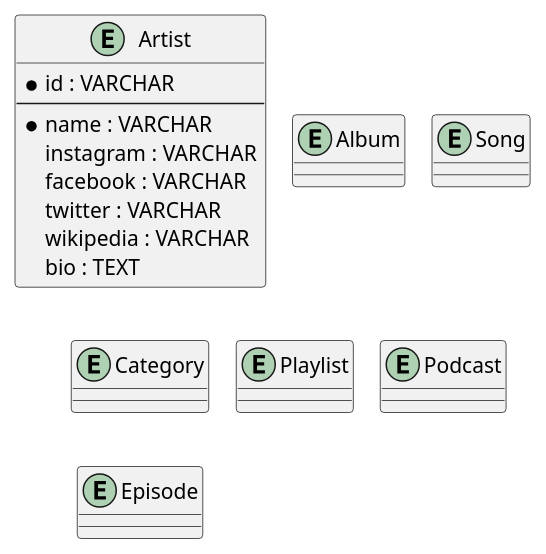
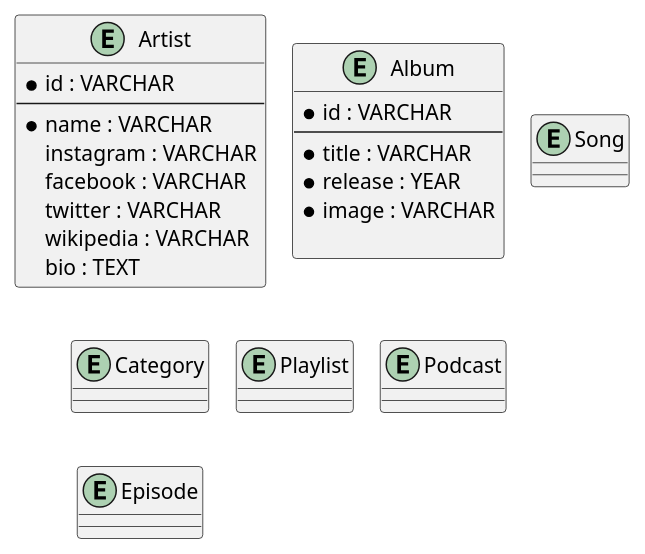
Before and after one commit to fkresna23/database-design-spotify: the diagram in spotify.puml, drawn with PlantUML.

Commit message:
Menentukan Attribute Entity Album

```diff
--- a/spotify.puml
+++ b/spotify.puml
@@ -1,37 +1,42 @@
 @startuml
 !pragma layout smetana
 entity Artist {
     * id : VARCHAR
     --
     * name : VARCHAR
     instagram : VARCHAR
     facebook : VARCHAR
     twitter : VARCHAR
     wikipedia : VARCHAR
     bio : TEXT
 }
 
 entity Album {
+    * id : VARCHAR
+    --
+    * title : VARCHAR
+    * release : YEAR
+    * image : VARCHAR
 
 }
 
 entity Song {
 
 }
 
 entity Category {
 
 }
 
 entity Playlist {
 
 }
 
 entity Podcast {
 
 }
 
 entity Episode {
 
 }
 @enduml
```
